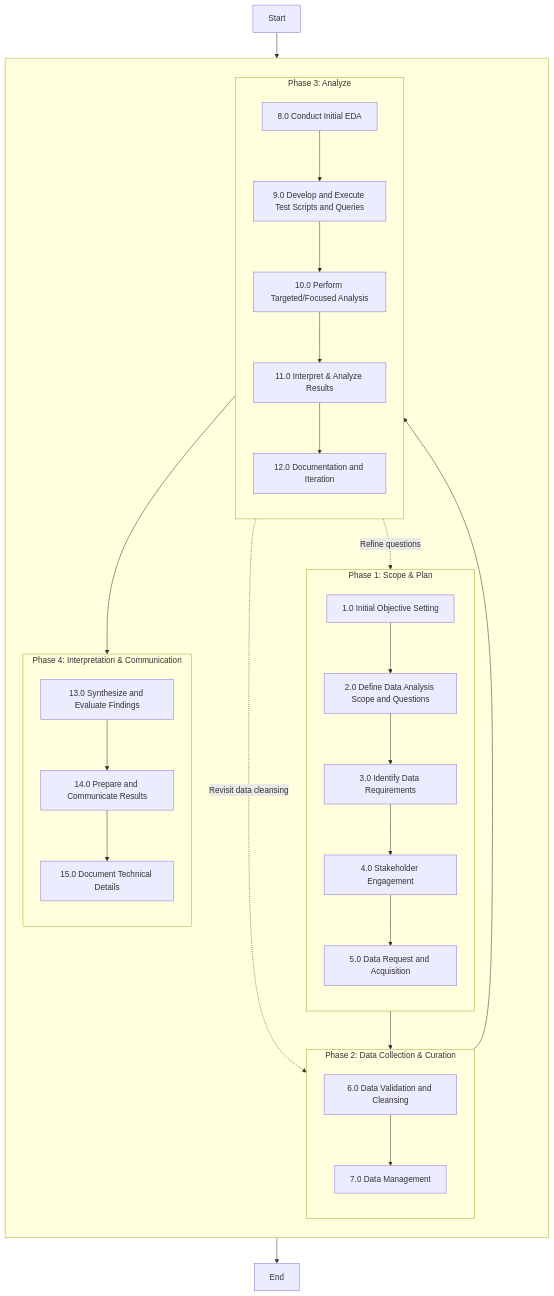
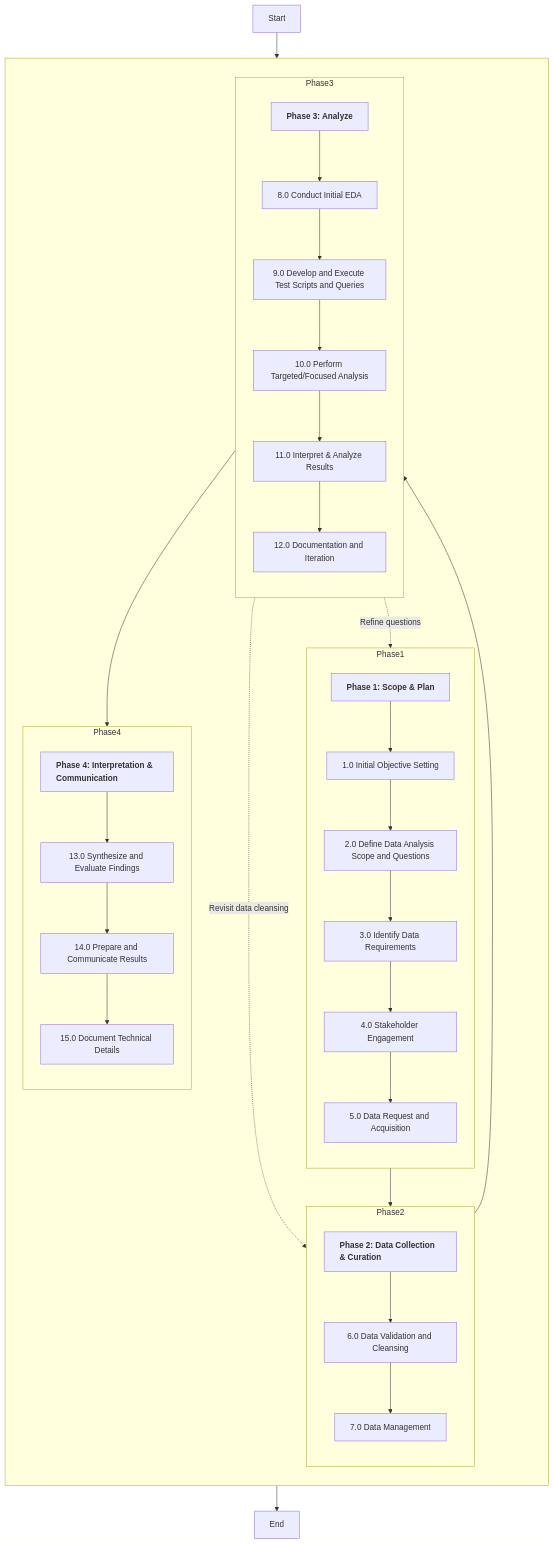
The diagram in readme.md (busera/applying_data_analysis_in_internal_audit), drawn with Mermaid before and after one commit.

````diff
--- a/readme.md
+++ b/readme.md
@@ -15,56 +15,59 @@
 ```mermaid
+
 flowchart TB
     A[Start]
     F[End]
 
     subgraph workflow [" "]
         direction TB
-        subgraph Phase1["Phase 1: Scope & Plan"]
+        subgraph Phase1
             direction TB
+            title1["<div style='text-align: left; font-weight: bold;'>Phase 1: Scope & Plan</div>"]
             B1[1.0 Initial Objective Setting]
             B2[2.0 Define Data Analysis Scope and Questions]
             B3[3.0 Identify Data Requirements]
             B4[4.0 Stakeholder Engagement]
             B5[5.0 Data Request and Acquisition]
-            B1 --> B2 --> B3 --> B4 --> B5
+            title1 --> B1 --> B2 --> B3 --> B4 --> B5
         end
 
-        subgraph Phase2["Phase 2: Data Collection & Curation"]
+        subgraph Phase2
             direction TB
+            title2["<div style='text-align: left; font-weight: bold;'>Phase 2: Data Collection & Curation</div>"]
             C1[6.0 Data Validation and Cleansing]
             C2[7.0 Data Management]
-            C1 --> C2
+            title2 --> C1 --> C2
         end
 
-        subgraph Phase3["Phase 3: Analyze"]
+        subgraph Phase3
             direction TB
+            title3["<div style='text-align: left; font-weight: bold;'>Phase 3: Analyze</div>"]
             D1[8.0 Conduct Initial EDA]
             D2[9.0 Develop and Execute Test Scripts and Queries]
             D3[10.0 Perform Targeted/Focused Analysis]
             D4[11.0 Interpret & Analyze Results]
             D5[12.0 Documentation and Iteration]
-            D1 --> D2 --> D3 --> D4 --> D5
+            title3 --> D1 --> D2 --> D3 --> D4 --> D5
         end
 
-        subgraph Phase4["Phase 4: Interpretation & Communication"]
+        subgraph Phase4
             direction TB
+            title4["<div style='text-align: left; font-weight: bold;'>Phase 4: Interpretation & Communication</div>"]
             E1[13.0 Synthesize and Evaluate Findings]
             E2[14.0 Prepare and Communicate Results]
             E3[15.0 Document Technical Details]
-            E1 --> E2 --> E3
+            title4 --> E1 --> E2 --> E3
         end
     end
 
     A --> B1
     B5 --> C1
     C2 --> D1
     D5 --> E1
     E3 --> F
 
     %% Additional paths
     D1 -.-> |Refine questions| B2
     D1 -.-> |Revisit data cleansing| C1
 
-    classDef error stroke:#f00,stroke-width:2px;
-
 ```
````
